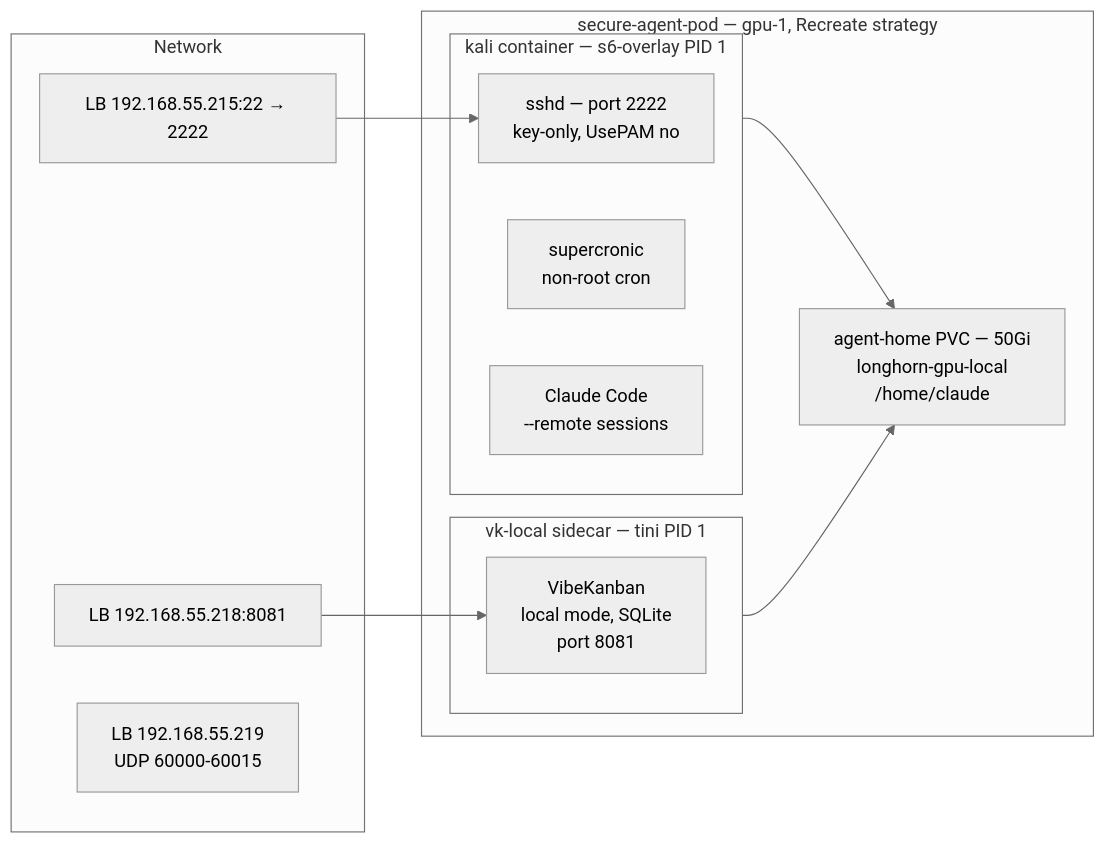
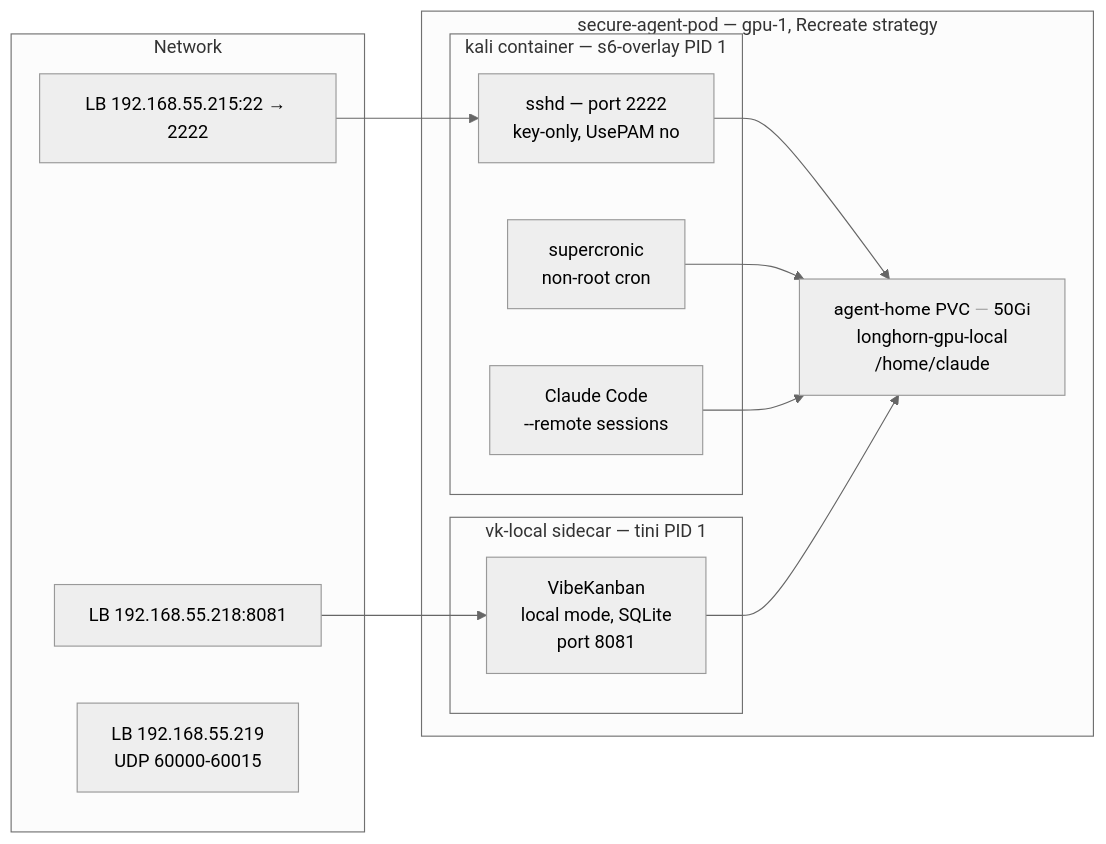
Before and after one commit to derio-net/frank: the diagram in blog/content/docs/building/21-secure-agent-pod/index.md, drawn with Mermaid (neutral theme). The commit also changed other lines of this file and 52 other files, not shown here.

````diff
--- a/blog/content/docs/building/21-secure-agent-pod/index.md
+++ b/blog/content/docs/building/21-secure-agent-pod/index.md
@@ -21,24 +21,26 @@
 ```mermaid
 flowchart LR
   subgraph Pod[secure-agent-pod — gpu-1, Recreate strategy]
     subgraph Kali[kali container — s6-overlay PID 1]
       SSHD[sshd — port 2222<br/>key-only, UsePAM no]
       SC[supercronic<br/>non-root cron]
       Claude[Claude Code<br/>--remote sessions]
     end
     subgraph Sidecar[vk-local sidecar — tini PID 1]
       VK[VibeKanban<br/>local mode, SQLite<br/>port 8081]
     end
     PVC[agent-home PVC — 50Gi<br/>longhorn-gpu-local<br/>/home/claude]
   end
   subgraph Network
     SSHLB[LB 192.168.55.215:22 → 2222]
     VKLB[LB 192.168.55.218:8081]
     MOSH[LB 192.168.55.219<br/>UDP 60000-60015]
   end
 
   SSHLB --> SSHD
   VKLB --> VK
-  Kali --> PVC
-  Sidecar --> PVC
+  SSHD --> PVC
+  SC --> PVC
+  Claude --> PVC
+  VK --> PVC
 ```
````
